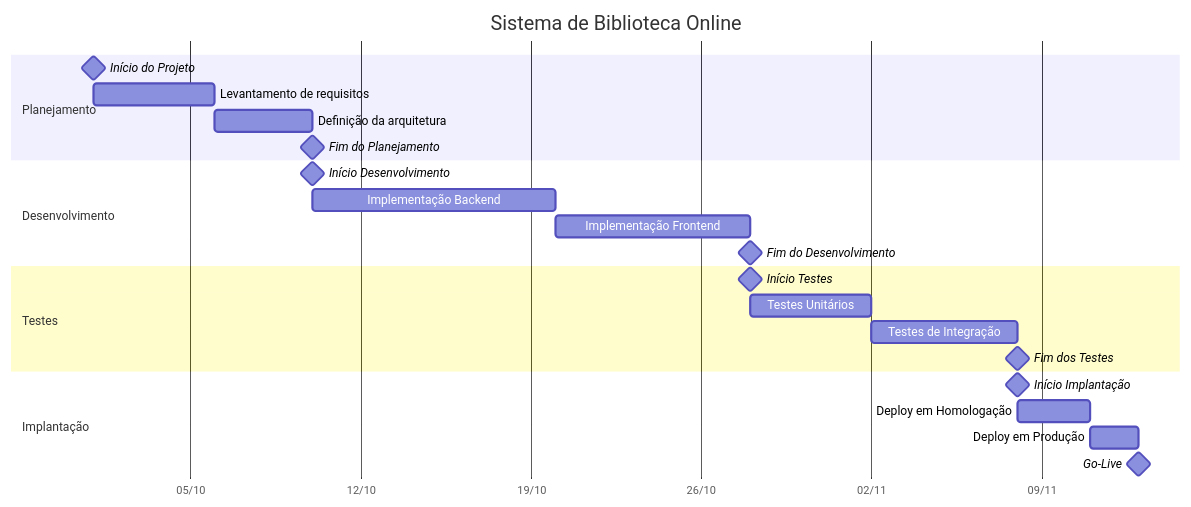
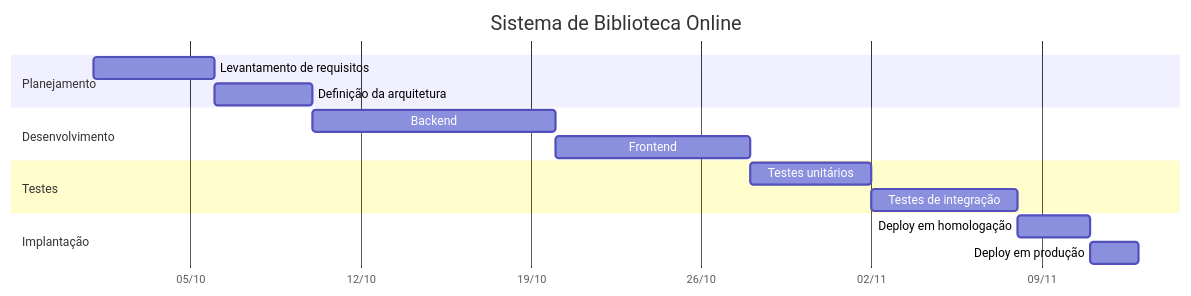
Before and after one commit to ViniSouzaCosta/Gantt-Sistema_de_Biblioteca_Online: the diagram in README.md, drawn with Mermaid.

````diff
--- a/README.md
+++ b/README.md
@@ -1,43 +1,24 @@
 ```mermaid
 gantt
     title Sistema de Biblioteca Online
     dateFormat  YYYY-MM-DD
     axisFormat  %d/%m
 
-    %% ============================
-    %% PLANEJAMENTO
-    %% ============================
     section Planejamento
-    Início do Projeto               :milestone, m1, 2025-10-01, 0d
-    Levantamento de requisitos      :a1, 2025-10-01, 5d
-    Definição da arquitetura        :a2, after a1, 4d
-    Fim do Planejamento             :milestone, m2, after a2, 0d
+    Levantamento de requisitos  :a1, 2025-10-01, 5d
+    Definição da arquitetura    :a2, after a1, 4d
 
-    %% ============================
-    %% DESENVOLVIMENTO
-    %% ============================
     section Desenvolvimento
-    Início Desenvolvimento          :milestone, m3, after m2, 0d
-    Implementação Backend           :b1, after m2, 10d
-    Implementação Frontend          :b2, after b1, 8d
-    Fim do Desenvolvimento          :milestone, m4, after b2, 0d
+    Backend                     :b1, after a2, 10d
+    Frontend                    :b2, after b1, 8d
 
-    %% ============================
-    %% TESTES
-    %% ============================
     section Testes
-    Início Testes                   :milestone, m5, after m4, 0d
-    Testes Unitários                :c1, after m4, 5d
-    Testes de Integração            :c2, after c1, 6d
-    Fim dos Testes                  :milestone, m6, after c2, 0d
+    Testes unitários            :c1, after b2, 5d
+    Testes de integração        :c2, after c1, 6d
 
-    %% ============================
-    %% IMPLANTAÇÃO
-    %% ============================
     section Implantação
-    Início Implantação              :milestone, m7, after m6, 0d
-    Deploy em Homologação           :d1, after m6, 3d
-    Deploy em Produção              :d2, after d1, 2d
-    Go-Live                         :milestone, m8, after d2, 0d
+    Deploy em homologação       :d1, after c2, 3d
+    Deploy em produção          :d2, after d1, 2d
+
 
 ```
````
